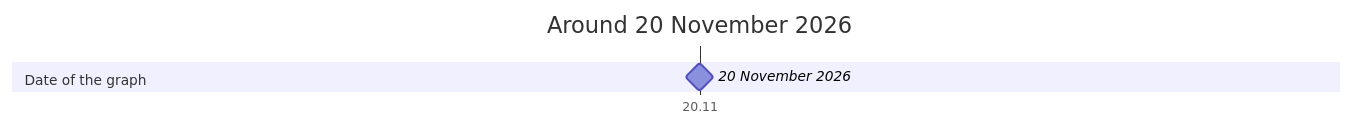
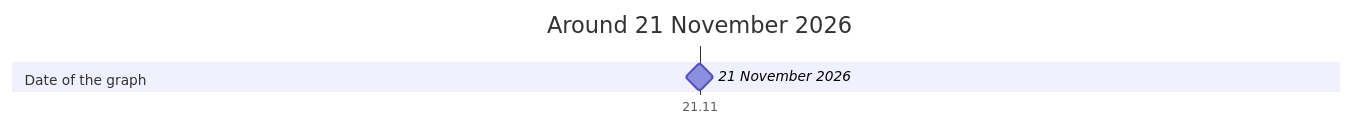
Before and after one commit to advancedcognitivesystems-ai/trame: the diagram in ci/docs/timeline.md, drawn with Mermaid. The commit also changed other lines of this file and 27 other files, not shown here.

````diff
--- a/ci/docs/timeline.md
+++ b/ci/docs/timeline.md
@@ -5,8 +5,8 @@
 ```mermaid
 gantt
   dateFormat YYYY-MM-DD
   axisFormat %d.%m
-  title Around 20 November 2026
+  title Around 21 November 2026
   section Date of the graph
-    20 November 2026 : milestone, 2026-11-20, 0d
+    21 November 2026 : milestone, 2026-11-21, 0d
 ```
````
